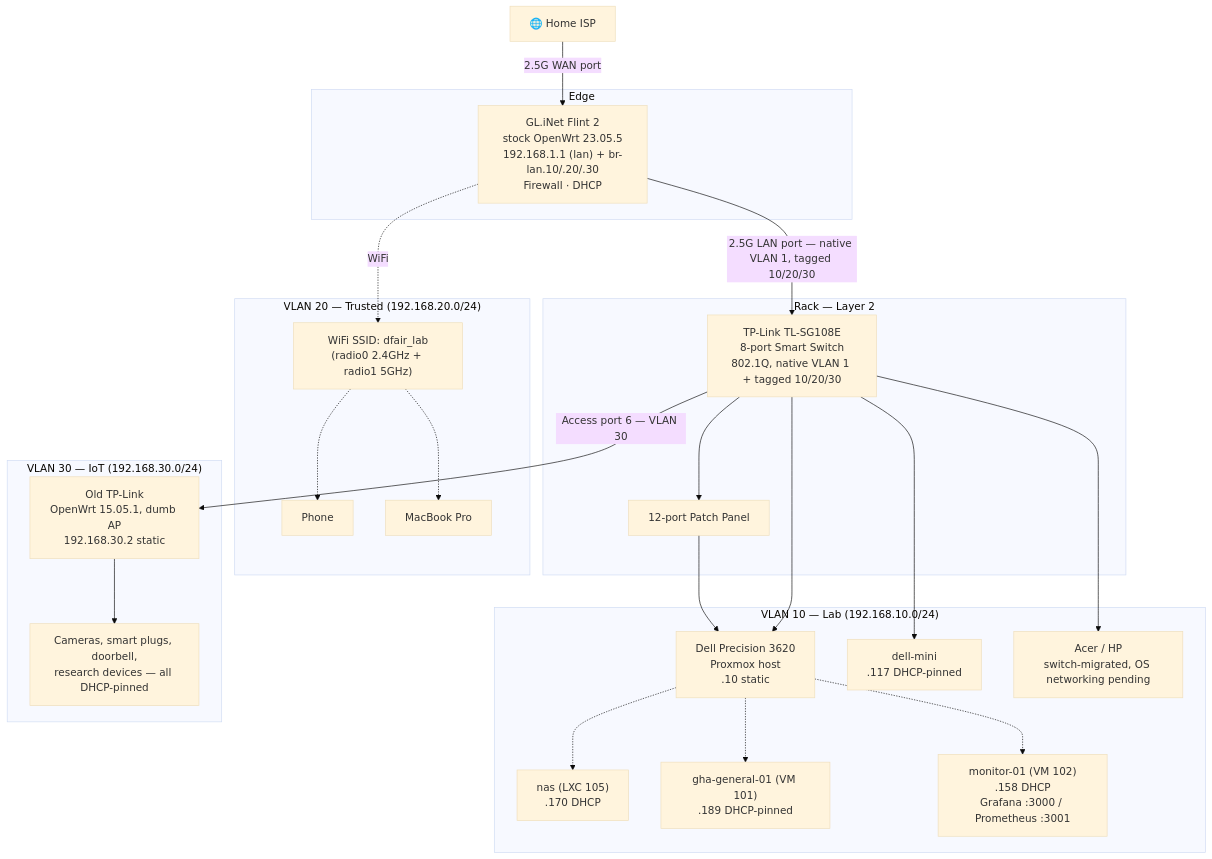
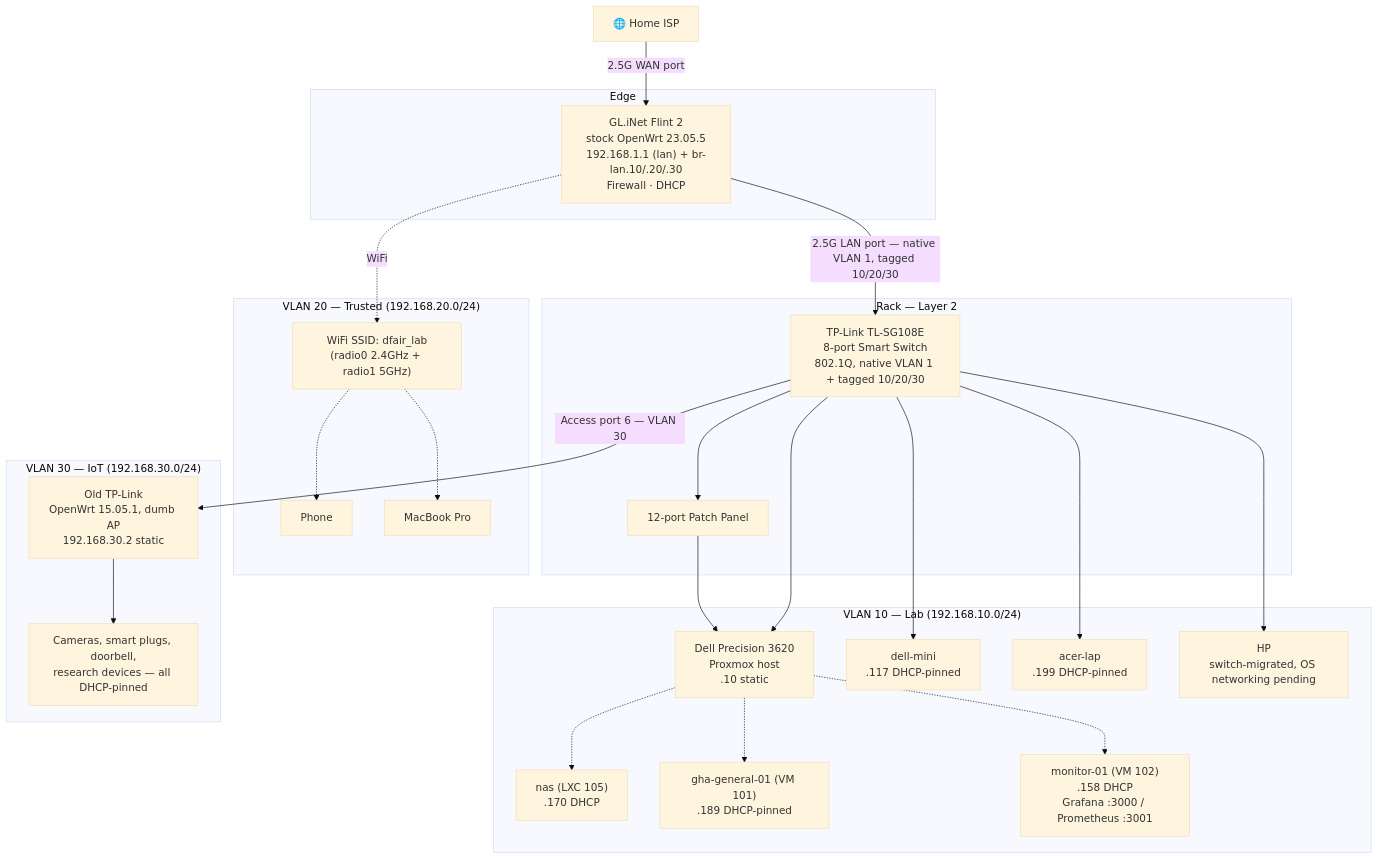
The diagram in docs/networking/README.md (sethbarrett50/home_lab_docs), drawn with Mermaid (base theme) before and after one commit. The commit also changed other lines of this file and 2 other files, not shown here.

Commit message:
docs: document acer-lap as connected to VLAN 10 (issue #19)
systemd-networkd, DHCP host reservation (192.168.10.199), and
lan/trusted -> :22 firewall rules added. Also notes the
HandleLidSwitch=ignore fix needed to run it closed-lid in the rack.
HP still pending.

````diff
--- a/docs/networking/README.md
+++ b/docs/networking/README.md
@@ -19,49 +19,51 @@
 ```mermaid
 graph TD
     WAN[🌐 Home ISP]
 
     subgraph Edge
         Router["GL.iNet Flint 2\nstock OpenWrt 23.05.5\n192.168.1.1 (lan) + br-lan.10/.20/.30\nFirewall · DHCP"]
     end
 
     subgraph "Rack — Layer 2"
         Switch["TP-Link TL-SG108E\n8-port Smart Switch\n802.1Q, native VLAN 1 + tagged 10/20/30"]
         Patch["12-port Patch Panel"]
     end
 
     subgraph "VLAN 10 — Lab (192.168.10.0/24)"
         PVE["Dell Precision 3620\nProxmox host\n.10 static"]
         NAS["nas (LXC 105)\n.170 DHCP"]
         GHA["gha-general-01 (VM 101)\n.189 DHCP-pinned"]
         MON["monitor-01 (VM 102)\n.158 DHCP\nGrafana :3000 / Prometheus :3001"]
         DELLMINI["dell-mini\n.117 DHCP-pinned"]
-        DEBIAN["Acer / HP\nswitch-migrated, OS networking pending"]
+        ACERLAP["acer-lap\n.199 DHCP-pinned"]
+        DEBIAN["HP\nswitch-migrated, OS networking pending"]
     end
 
     subgraph "VLAN 20 — Trusted (192.168.20.0/24)"
         SSID["WiFi SSID: dfair_lab\n(radio0 2.4GHz + radio1 5GHz)"]
         PHONE["Phone"]
         MBP["MacBook Pro"]
     end
 
     subgraph "VLAN 30 — IoT (192.168.30.0/24)"
         IoTAP["Old TP-Link\nOpenWrt 15.05.1, dumb AP\n192.168.30.2 static"]
         IOTDEV["Cameras, smart plugs, doorbell,\nresearch devices — all DHCP-pinned"]
     end
 
     WAN -->|"2.5G WAN port"| Router
     Router -->|"2.5G LAN port — native VLAN 1, tagged 10/20/30"| Switch
     Switch --> Patch
     Patch --> PVE
     Switch --> PVE
     Switch --> DELLMINI
+    Switch --> ACERLAP
     Switch --> DEBIAN
     PVE -.-> NAS
     PVE -.-> GHA
     PVE -.-> MON
     Switch -->|"Access port 6 — VLAN 30"| IoTAP
     IoTAP --> IOTDEV
     Router -.->|"WiFi"| SSID
     SSID -.-> PHONE
     SSID -.-> MBP
 ```
````
